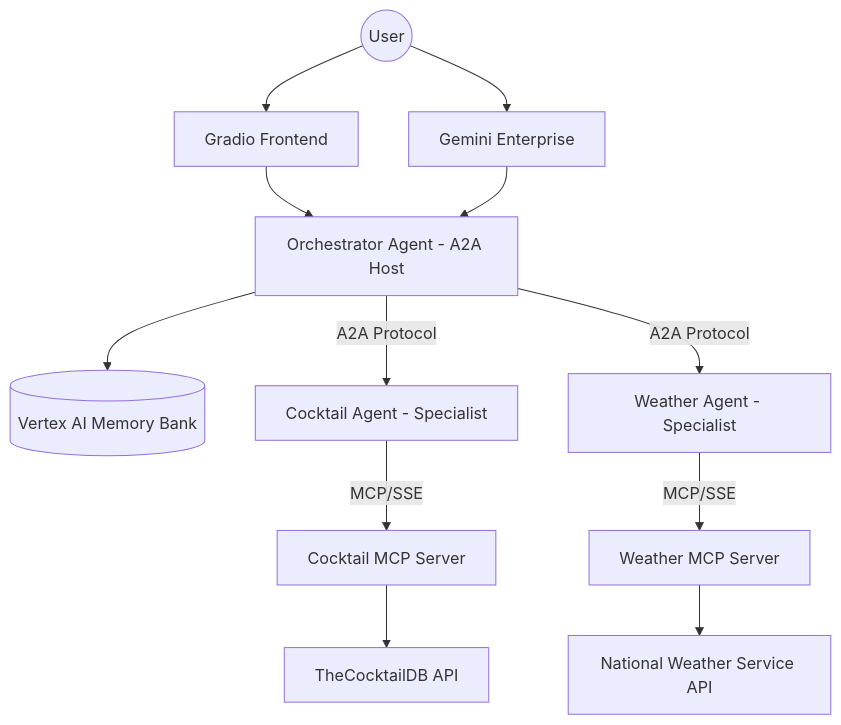
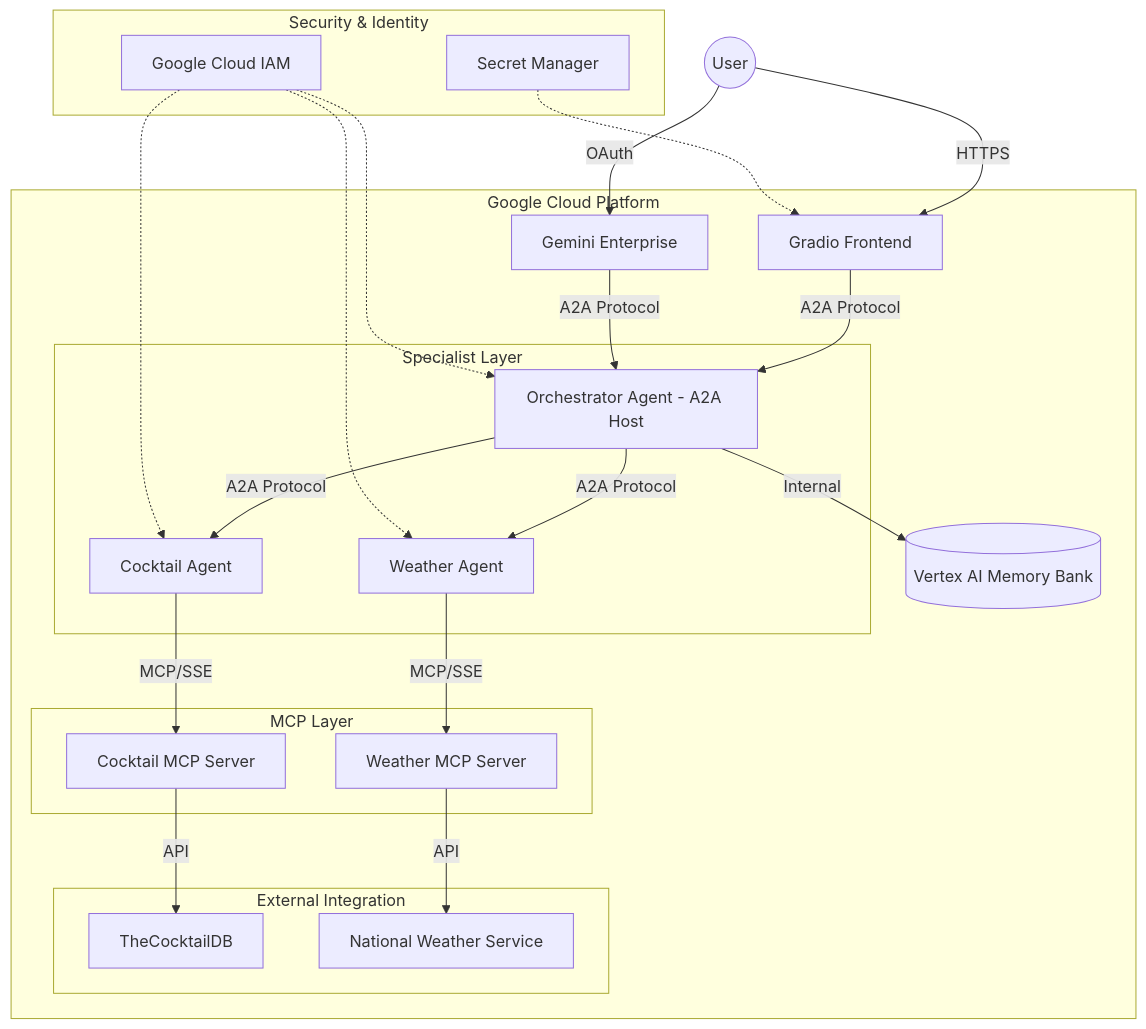
One commit to wadave/a2a-multiagent-adk-memory-cicd changed the diagram in software_design.md. Above: the diagram before and after it, drawn with Mermaid. The commit also changed other lines of this file, not shown here.

Commit message:
chore: update softwae design doc

````diff
--- a/software_design.md
+++ b/software_design.md
@@ -28,16 +28,34 @@
 ```mermaid
 graph TD
-    User((User)) --> CustomUI[Gradio Frontend]
-    User((User)) --> GeminiEnt[Gemini Enterprise]
-    CustomUI --> Orchestrator[Orchestrator Agent - A2A Host]
-    GeminiEnt --> Orchestrator[Orchestrator Agent - A2A Host]
-    Orchestrator --> MemoryBank[(Vertex AI Memory Bank)]
-    Orchestrator -- A2A Protocol --> Specialist1[Cocktail Agent - Specialist]
-    Orchestrator -- A2A Protocol --> Specialist2[Weather Agent - Specialist]
-
-    Specialist1 -- MCP/SSE --> MCPServer1[Cocktail MCP Server]
-    Specialist2 -- MCP/SSE --> MCPServer2[Weather MCP Server]
-
-    MCPServer1 --> CocktailAPI[TheCocktailDB API]
-    MCPServer2 --> WeatherAPI[National Weather Service API]
+    User((User)) -->|HTTPS| CustomUI[Gradio Frontend]
+    User((User)) -->|OAuth| GeminiEnt[Gemini Enterprise]
+    
+    subgraph "Google Cloud Platform"
+        CustomUI -->|A2A Protocol| Orchestrator[Orchestrator Agent - A2A Host]
+        GeminiEnt -->|A2A Protocol| Orchestrator
+        
+        Orchestrator -->|Internal| MemoryBank[(Vertex AI Memory Bank)]
+        
+        subgraph "Specialist Layer"
+            Orchestrator -->|A2A Protocol| Specialist1[Cocktail Agent]
+            Orchestrator -->|A2A Protocol| Specialist2[Weather Agent]
+        end
+        
+        subgraph "MCP Layer"
+            Specialist1 -->|MCP/SSE| MCPServer1[Cocktail MCP Server]
+            Specialist2 -->|MCP/SSE| MCPServer2[Weather MCP Server]
+        end
+        
+        subgraph "External Integration"
+            MCPServer1 -->|API| CocktailAPI[TheCocktailDB]
+            MCPServer2 -->|API| WeatherAPI[National Weather Service]
+        end
+    end
+    
+    subgraph "Security & Identity"
+        IAM[Google Cloud IAM] -.-> Orchestrator
+        IAM -.-> Specialist1
+        IAM -.-> Specialist2
+        SM[Secret Manager] -.-> CustomUI
+    end
 ```
````
